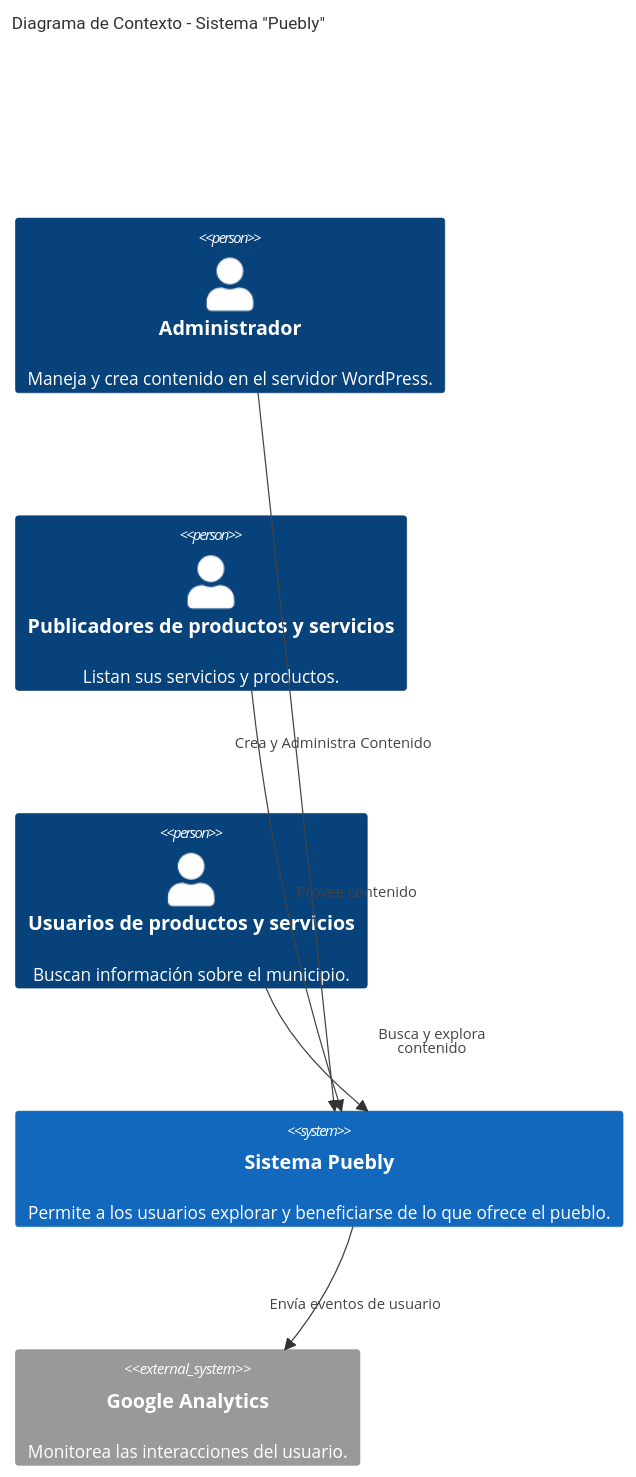
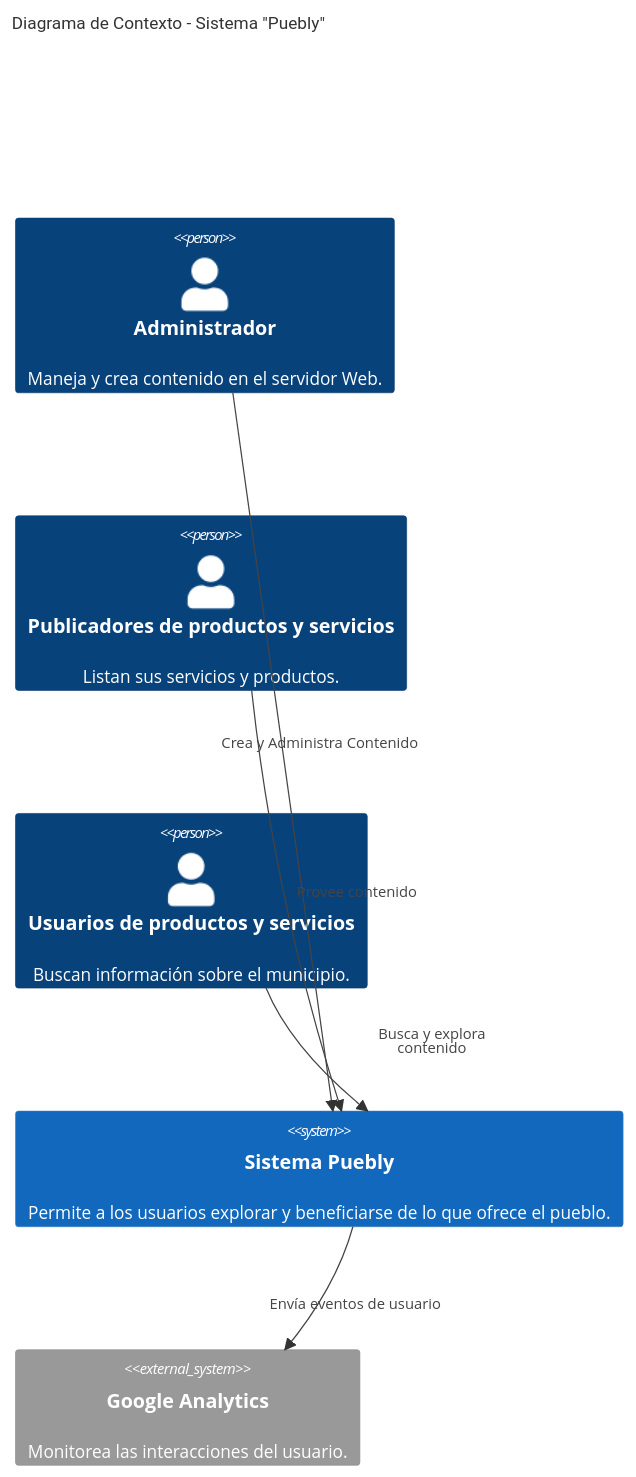
Before and after one commit to CristhianMoreno97/Puebly: the second of 3 diagrams in c4Model.md, drawn with Mermaid. The commit also changed other lines of this file, not shown here.

````diff
--- a/c4Model.md
+++ b/c4Model.md
@@ -47,24 +47,24 @@
 ```mermaid
 %%{ init: { 'theme': 'base', "themeVariables": { 'fontFamily': 'Arial', 'fontSize': '14px' }}}%%
 C4Context
 
 title Diagrama de Contexto - Sistema "Puebly"
 
-Person(administrador, "Administrador", "Maneja y crea contenido en el servidor WordPress.")
+Person(administrador, "Administrador", "Maneja y crea contenido en el servidor Web.")
 Person(publicadores, "Publicadores de productos y servicios", "Listan sus servicios y productos.")
 Person(usuarios, "Usuarios de productos y servicios", "Buscan información sobre el municipio.")
 
 System(puebly, "Sistema Puebly", "Permite a los usuarios explorar y beneficiarse de lo que ofrece el pueblo.")
 System_Ext(fireb, "Google Analytics", "Monitorea las interacciones del usuario.")
 
 Rel(administrador, puebly, "Crea y Administra Contenido")
 Rel(usuarios, puebly, "Busca y explora<br/> contenido")
 Rel_Down(publicadores, puebly, "Provee contenido")
 Rel(puebly, fireb, "Envía eventos de usuario")
 
 UpdateLayoutConfig($c4ShapeInRow="3")
 UpdateRelStyle(administrador, puebly, $offsetX="-50", $offsetY="-10")
 UpdateRelStyle(publicadores, puebly, $offsetX="0", $offsetY="-10")
 UpdateRelStyle(usuarios, puebly, $offsetX="50", $offsetY="-10")
 UpdateRelStyle(puebly, fireb, $offsetX="-40", $offsetY="10")
 ```
````
